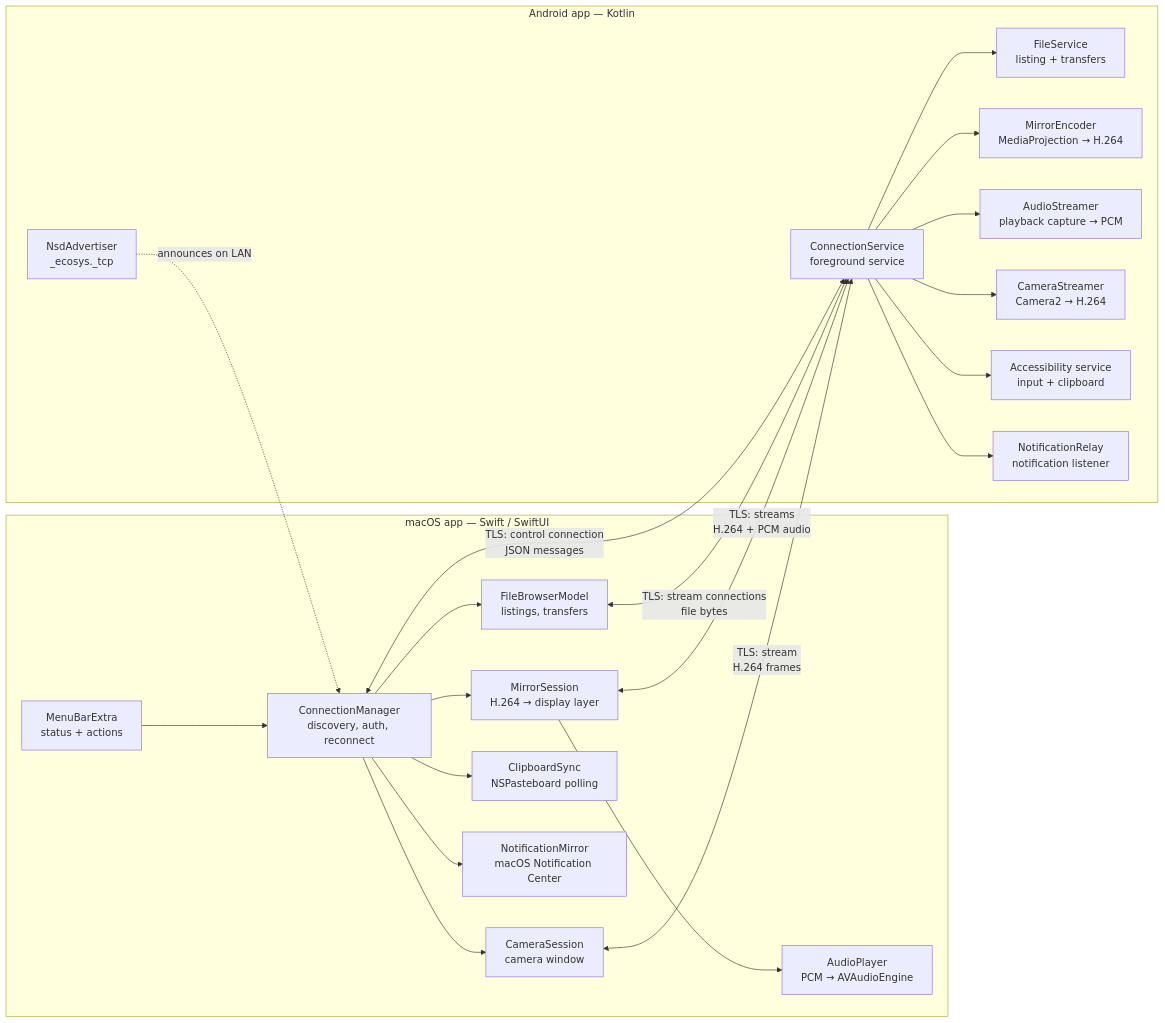
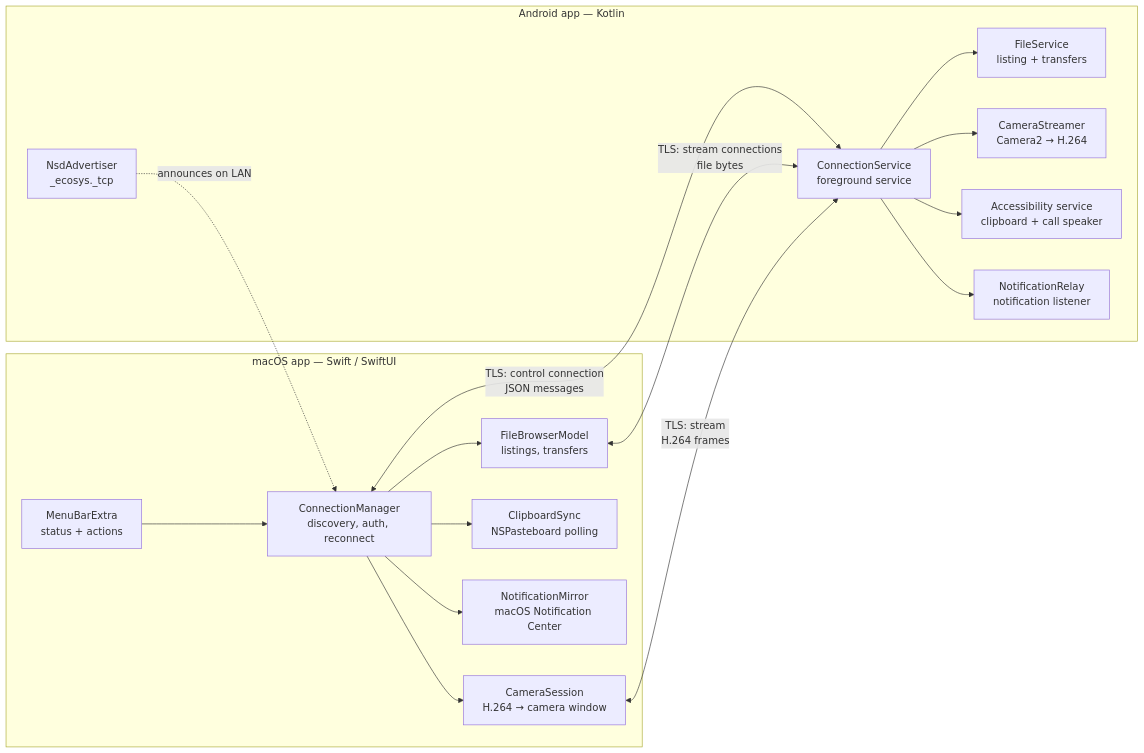
One commit to akramansari1433/ecosystem changed the first of 2 diagrams in docs/ARCHITECTURE.md. Above: the diagram before and after it, drawn with Mermaid. The commit also changed other lines of this file and 28 other files, not shown here.

````diff
--- a/docs/ARCHITECTURE.md
+++ b/docs/ARCHITECTURE.md
@@ -97,43 +94,34 @@
 ```mermaid
 flowchart LR
     subgraph MAC["macOS app — Swift / SwiftUI"]
         MENU["MenuBarExtra<br/>status + actions"]
         CM["ConnectionManager<br/>discovery, auth, reconnect"]
         FILES["FileBrowserModel<br/>listings, transfers"]
-        MIRROR["MirrorSession<br/>H.264 → display layer"]
-        AUDIO["AudioPlayer<br/>PCM → AVAudioEngine"]
-        CAM["CameraSession<br/>camera window"]
+        CAM["CameraSession<br/>H.264 → camera window"]
         CLIP1["ClipboardSync<br/>NSPasteboard polling"]
         NOTIF["NotificationMirror<br/>macOS Notification Center"]
     end
 
     subgraph PHONE["Android app — Kotlin"]
         SVC["ConnectionService<br/>foreground service"]
         NSD["NsdAdvertiser<br/>_ecosys._tcp"]
         FS["FileService<br/>listing + transfers"]
-        ENC["MirrorEncoder<br/>MediaProjection → H.264"]
-        AS["AudioStreamer<br/>playback capture → PCM"]
         CAMS["CameraStreamer<br/>Camera2 → H.264"]
-        A11Y["Accessibility service<br/>input + clipboard"]
+        A11Y["Accessibility service<br/>clipboard + call speaker"]
         RELAY["NotificationRelay<br/>notification listener"]
     end
 
     MENU --> CM
     CM --> FILES
-    CM --> MIRROR
-    MIRROR --> AUDIO
     CM --> CAM
     CM --> CLIP1
     CM --> NOTIF
     CM <-->|"TLS: control connection<br/>JSON messages"| SVC
     FILES <-->|"TLS: stream connections<br/>file bytes"| SVC
-    MIRROR <-->|"TLS: streams<br/>H.264 + PCM audio"| SVC
     CAM <-->|"TLS: stream<br/>H.264 frames"| SVC
     SVC --> FS
-    SVC --> ENC
-    SVC --> AS
     SVC --> CAMS
     SVC --> A11Y
     SVC --> RELAY
     NSD -.->|"announces on LAN"| CM
 ```
````
